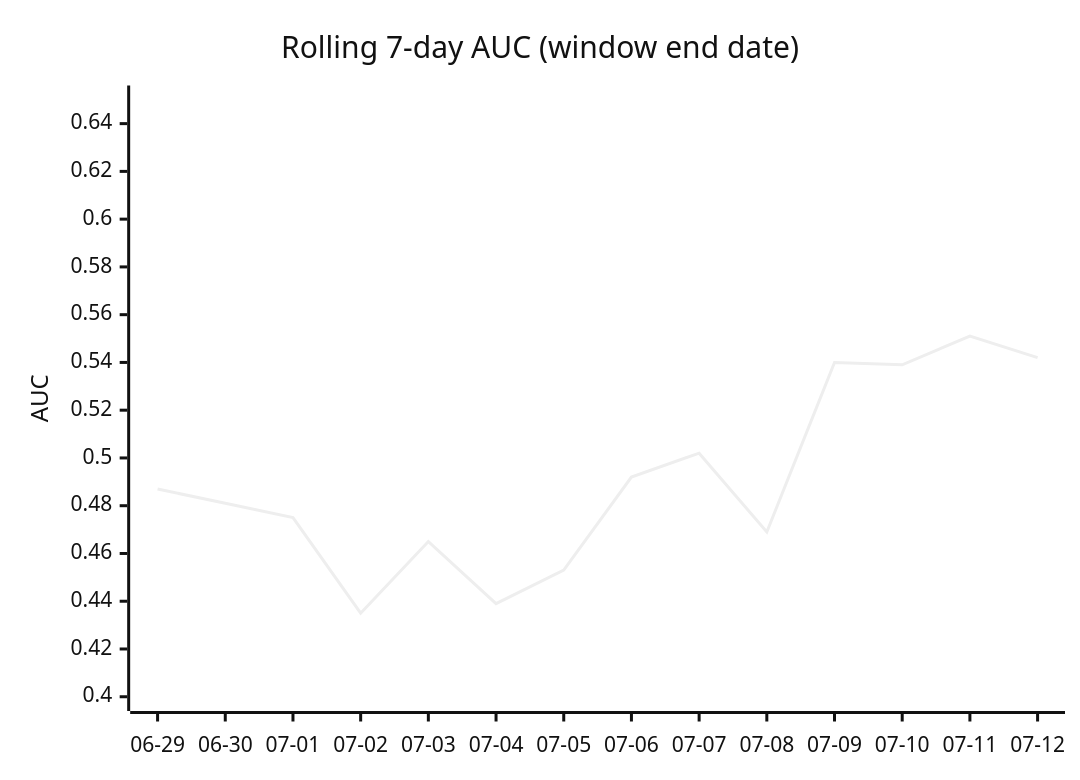
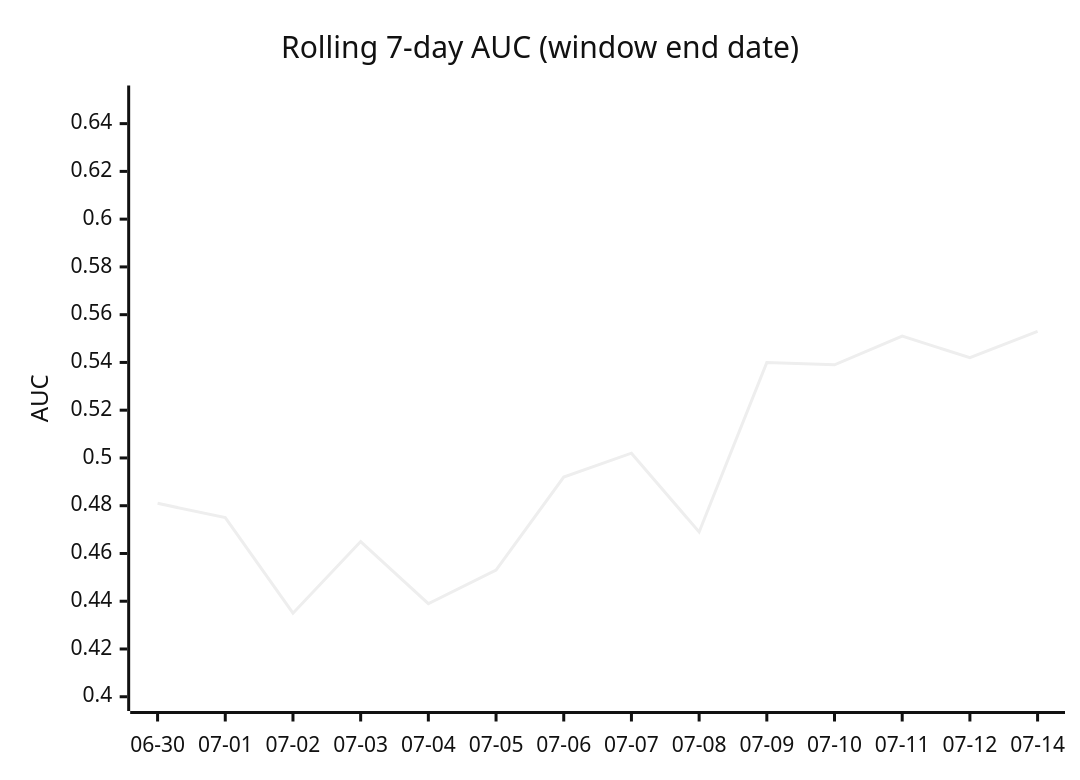
Before and after one commit to dpk1212/nhl-savant: the fourth of 5 diagrams in DAILY_AGSU_REPORT.md, drawn with Mermaid (neutral theme). The commit also changed other lines of this file, not shown here.

````diff
--- a/DAILY_AGSU_REPORT.md
+++ b/DAILY_AGSU_REPORT.md
@@ -652,7 +661,7 @@
 ```mermaid
 xychart-beta
     title "Rolling 7-day AUC (window end date)"
-    x-axis ["06-29", "06-30", "07-01", "07-02", "07-03", "07-04", "07-05", "07-06", "07-07", "07-08", "07-09", "07-10", "07-11", "07-12"]
+    x-axis ["06-30", "07-01", "07-02", "07-03", "07-04", "07-05", "07-06", "07-07", "07-08", "07-09", "07-10", "07-11", "07-12", "07-14"]
     y-axis "AUC" 0.4 --> 0.65
-    line [0.487, 0.481, 0.475, 0.435, 0.465, 0.439, 0.453, 0.492, 0.502, 0.469, 0.54, 0.539, 0.551, 0.542]
+    line [0.481, 0.475, 0.435, 0.465, 0.439, 0.453, 0.492, 0.502, 0.469, 0.54, 0.539, 0.551, 0.542, 0.553]
 ```
````
